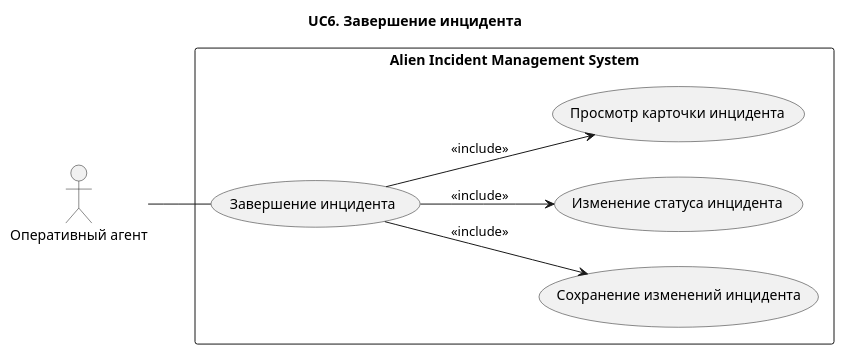
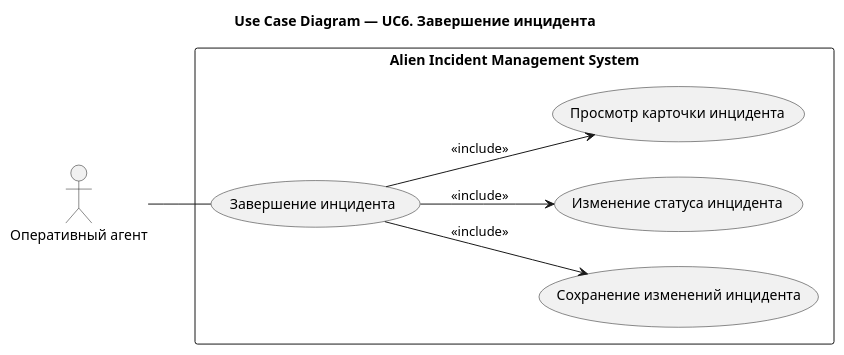
Before and after one commit to Andryss/AIMS: the diagram in docs/use-case/UC6.md, drawn with PlantUML. The commit also changed 31 other files, not shown here.

````diff
--- a/docs/use-case/UC6.md
+++ b/docs/use-case/UC6.md
@@ -5,25 +5,25 @@
 ```plantuml
 @startuml
-title UC6. Завершение инцидента
+title Use Case Diagram — UC6. Завершение инцидента
 left to right direction
 
 actor "Оперативный агент" as Agent
 
 rectangle "Alien Incident Management System" {
 
 (Завершение инцидента) as UC11
 
 (Сохранение изменений инцидента) as UC115
 (Изменение статуса инцидента) as UC114
 (Просмотр карточки инцидента) as UC111
 
 }
 
 Agent -- UC11
 
 UC11 --> UC111 : <<include>>
 UC11 --> UC114 : <<include>>
 UC11 --> UC115 : <<include>>
 
 @enduml
 ```
````
